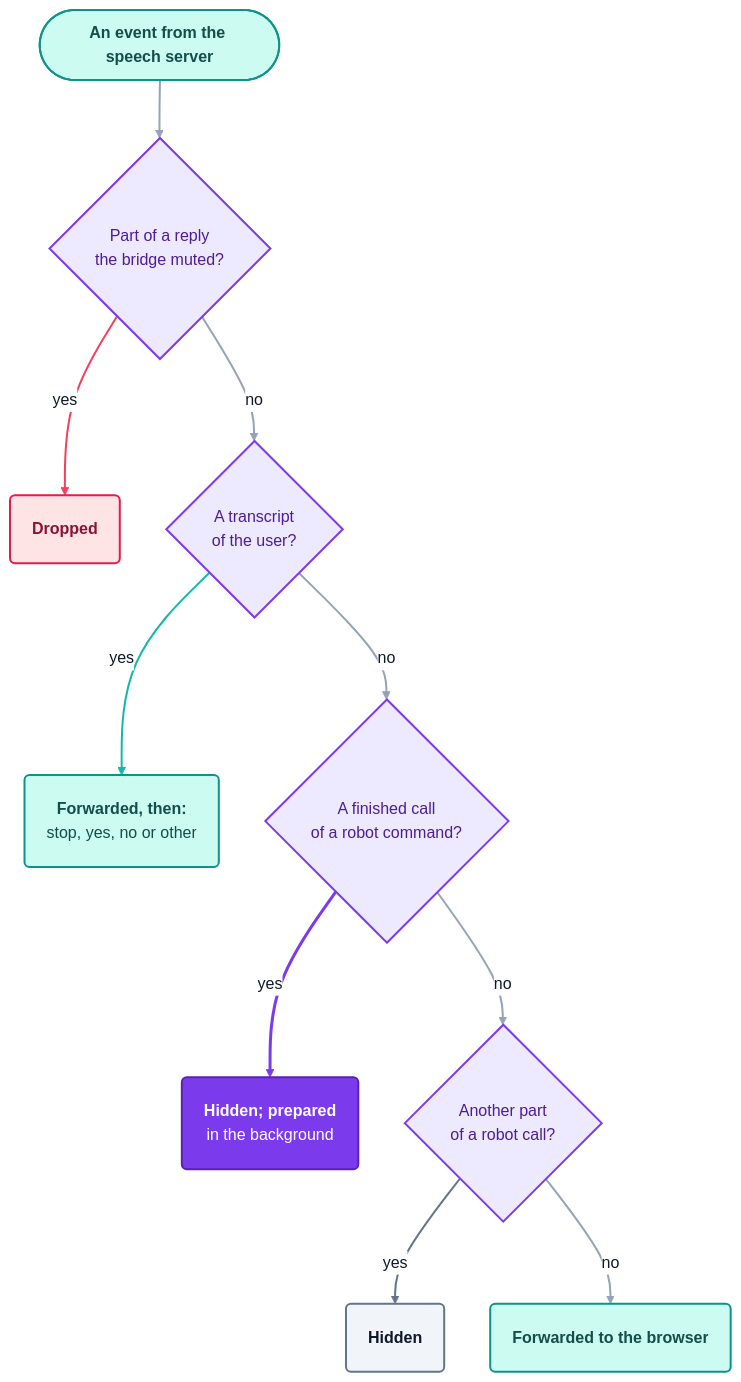
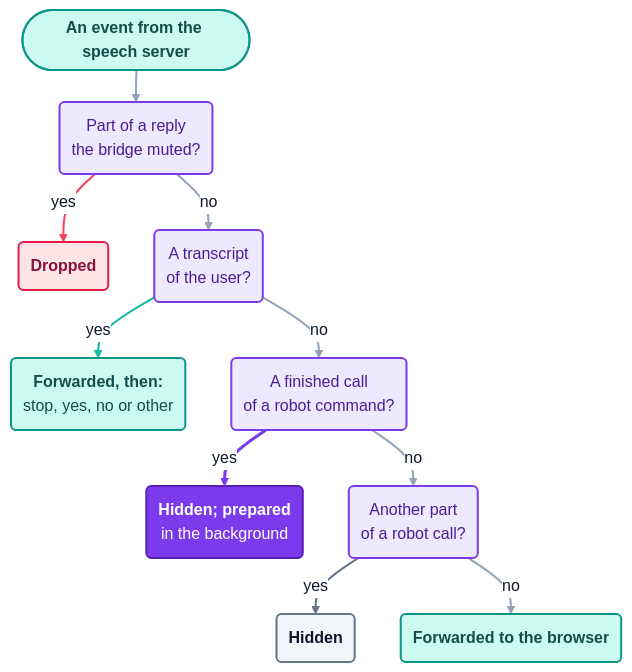
One commit to kineticsystem/stepit-speech changed the tenth of 10 diagrams in docs/ARCHITECTURE.md. Above: the diagram before and after it, drawn with Mermaid. The commit also changed other lines of this file and 1 other file, not shown here.

First line of the commit message:
Shorter diagrams in the README and the architecture document

```diff
--- a/docs/ARCHITECTURE.md
+++ b/docs/ARCHITECTURE.md
@@ -996,9 +1011,12 @@
   theme: base
   flowchart:
     curve: basis
-    padding: 22
+    padding: 12
     nodeSpacing: 46
-    rankSpacing: 58
+    rankSpacing: 32
+    subGraphTitleMargin:
+      top: 4
+      bottom: 10
   class:
     padding: 10
   themeVariables:
@@ -1035,13 +1053,13 @@
 ---
 flowchart TB
     Event(["<b>An event from the speech server</b>"])
-    Muted{"Part of a reply<br/>the bridge muted?"}
+    Muted("Part of a reply<br/>the bridge muted?")
     Drop("<b>Dropped</b>")
-    Said{"A transcript<br/>of the user?"}
+    Said("A transcript<br/>of the user?")
     Hear("<b>Forwarded, then:</b><br/>stop, yes, no or other")
-    Call{"A finished call<br/>of a robot command?"}
+    Call("A finished call<br/>of a robot command?")
     Prepare("<b>Hidden; prepared</b><br/>in the background")
-    Part{"Another part<br/>of a robot call?"}
+    Part("Another part<br/>of a robot call?")
     Hide("<b>Hidden</b>")
     Forward("<b>Forwarded to the browser</b>")
 
```
